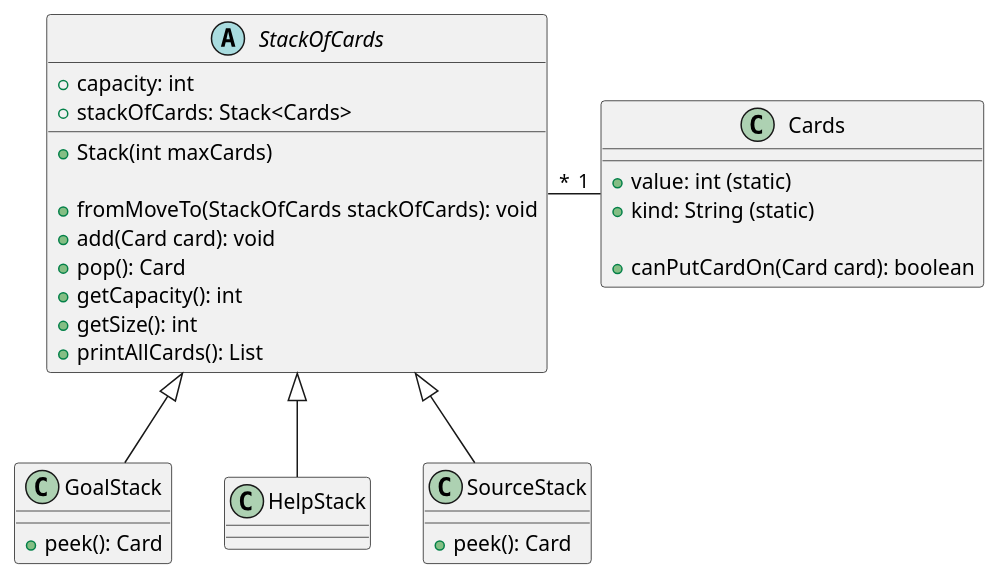
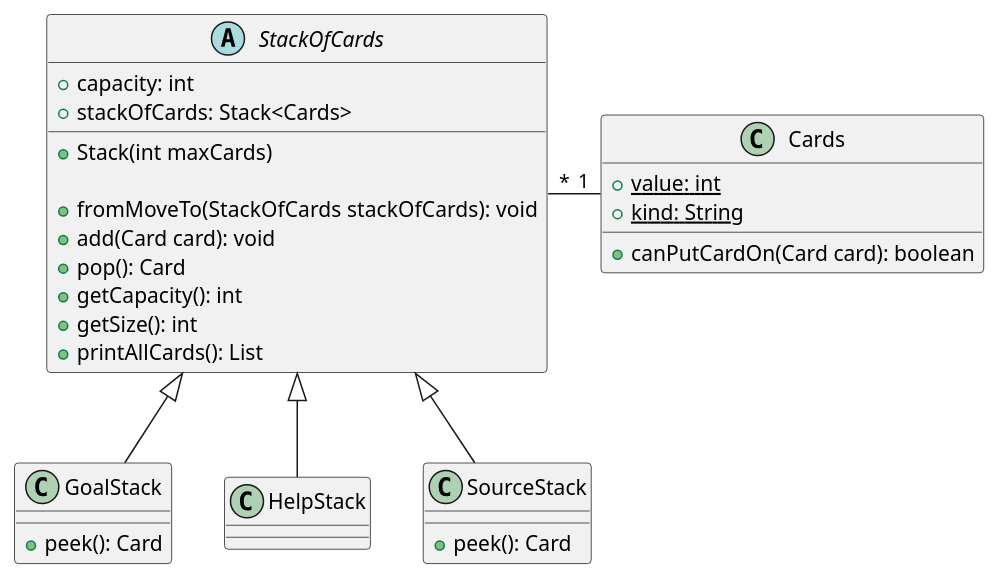
One commit to FlorDM7/OGP changed the diagram in Oefenzitting4/ClassDiagramOef2.puml. Above: the diagram before and after it, drawn with PlantUML. The commit also changed 1 other file, not shown here.

Commit message:
Added class diagram for practicum2

```diff
--- a/Oefenzitting4/ClassDiagramOef2.puml
+++ b/Oefenzitting4/ClassDiagramOef2.puml
@@ -1,43 +1,43 @@
 @startuml
 
 abstract StackOfCards{
-+capacity: int
-+stackOfCards: Stack<Cards>
+    + capacity: int
+    + stackOfCards: Stack<Cards>
 
-+Stack(int maxCards)
+    + Stack(int maxCards)
 
-+fromMoveTo(StackOfCards stackOfCards): void
-+add(Card card): void
-+pop(): Card
-+getCapacity(): int
-+getSize(): int
-+printAllCards(): List
+    + fromMoveTo(StackOfCards stackOfCards): void
+    + add(Card card): void
+    + pop(): Card
+    + getCapacity(): int
+    + getSize(): int
+    + printAllCards(): List
 }
 
 class GoalStack{
 
-+peek(): Card
+    + peek(): Card
 }
 
 class HelpStack{
 }
 
 class SourceStack{
 
-+peek(): Card
+    + peek(): Card
 }
 
 'Cards are immutable
 class Cards{
-+value: int (static)
-+kind: String (static)
+    + {static} value: int
+    + {static} kind: String
 
-+canPutCardOn(Card card): boolean
+    + canPutCardOn(Card card): boolean
 }
 
 StackOfCards <|-- GoalStack
 StackOfCards <|-- SourceStack
 StackOfCards <|-- HelpStack
 StackOfCards "*" - "1" Cards
 
 @enduml
```
